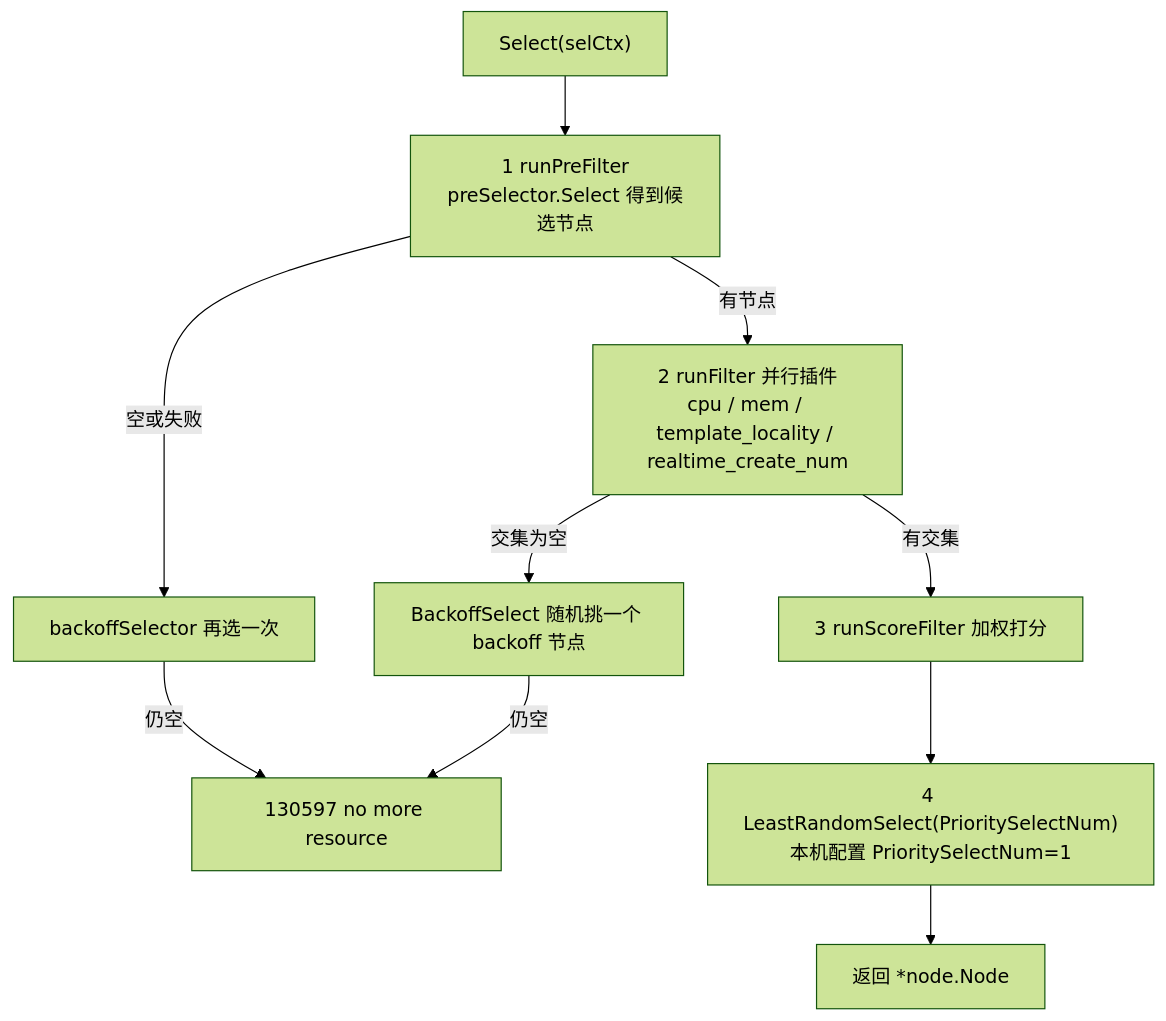
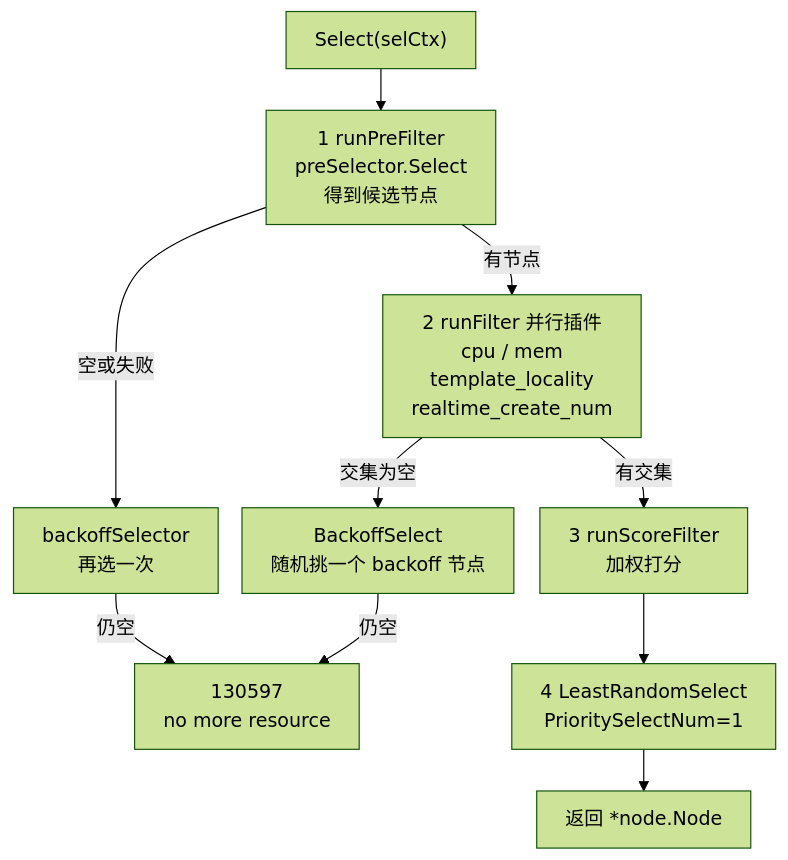
The third of 4 diagrams in docs/cubesandbox-controlplane.md (forrestIsRunning/kind-k8s-learning), drawn with Mermaid (forest theme) before and after one commit. The commit also changed other lines of this file and 2 other files, not shown here.

Commit message:
Stop mermaid diagrams from clipping labels and bottoms.

````diff
--- a/docs/cubesandbox-controlplane.md
+++ b/docs/cubesandbox-controlplane.md
@@ -195,12 +223,22 @@
 ```mermaid
+---
+config:
+  flowchart:
+    htmlLabels: true
+    wrappingWidth: 200
+    padding: 12
+    useMaxWidth: false
+    rankSpacing: 35
+    nodeSpacing: 20
+---
 flowchart TD
-  S["Select(selCtx)"] --> PRE["1 runPreFilter<br/>preSelector.Select 得到候选节点"]
-  PRE -->|空或失败| BO["backoffSelector 再选一次"]
-  PRE -->|有节点| F["2 runFilter 并行插件<br/>cpu / mem / template_locality / realtime_create_num"]
-  F -->|交集为空| BF["BackoffSelect 随机挑一个 backoff 节点"]
-  F -->|有交集| SC["3 runScoreFilter 加权打分"]
-  SC --> LR["4 LeastRandomSelect(PrioritySelectNum)<br/>本机配置 PrioritySelectNum=1"]
-  BO -->|仍空| ERR["130597 no more resource"]
+  S["Select(selCtx)"] --> PRE["1 runPreFilter<br/>preSelector.Select<br/>得到候选节点"]
+  PRE -->|空或失败| BO["backoffSelector<br/>再选一次"]
+  PRE -->|有节点| F["2 runFilter 并行插件<br/>cpu / mem<br/>template_locality<br/>realtime_create_num"]
+  F -->|交集为空| BF["BackoffSelect<br/>随机挑一个 backoff 节点"]
+  F -->|有交集| SC["3 runScoreFilter<br/>加权打分"]
+  SC --> LR["4 LeastRandomSelect<br/>PrioritySelectNum=1"]
+  BO -->|仍空| ERR["130597<br/>no more resource"]
   BF -->|仍空| ERR
   LR --> NODE["返回 *node.Node"]
 ```
````
